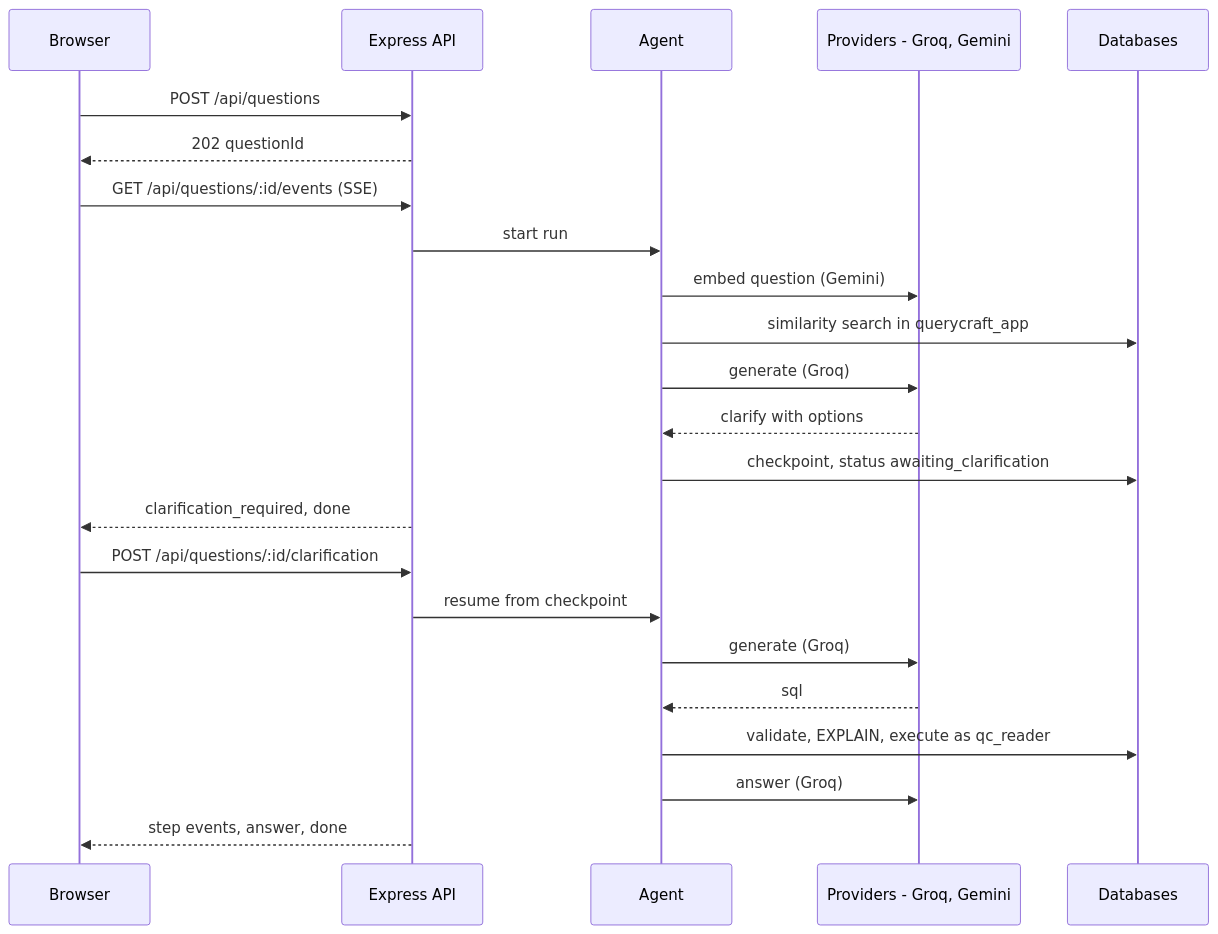
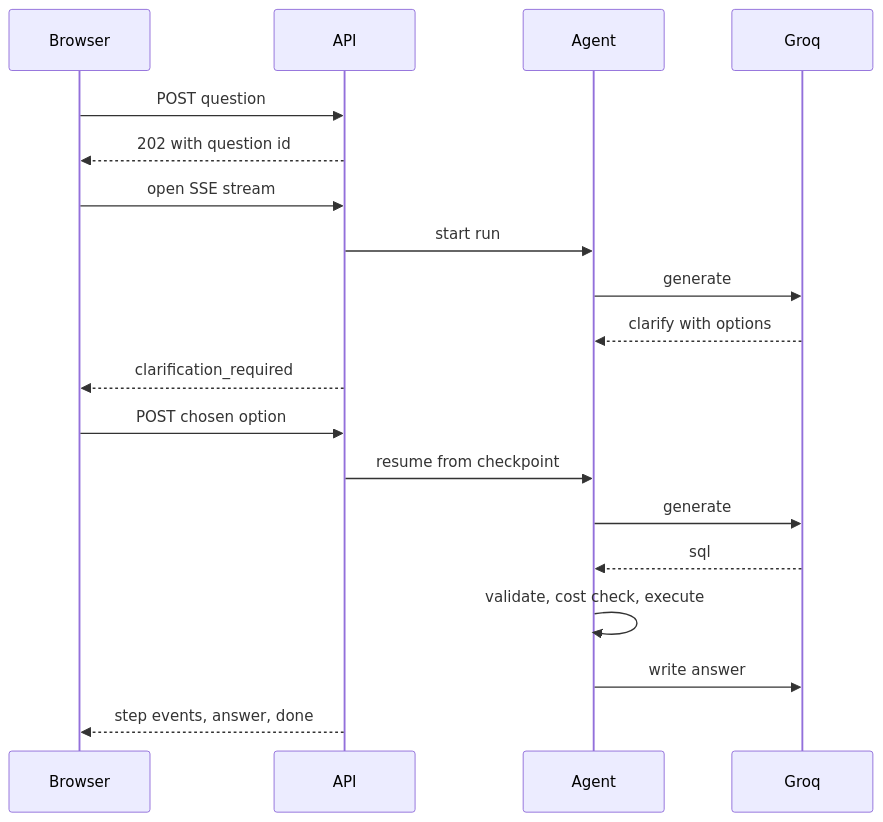
Before and after one commit to RAJDEEKSHITH/querycraft: the second of 5 diagrams in README.md, drawn with Mermaid. The commit also changed other lines of this file and 3 other files, not shown here.

````diff
--- a/README.md
+++ b/README.md
@@ -72,25 +63,21 @@
 ```mermaid
 sequenceDiagram
   participant B as Browser
-  participant A as Express API
+  participant A as API
   participant G as Agent
-  participant P as Providers - Groq, Gemini
-  participant D as Databases
-  B->>A: POST /api/questions
-  A-->>B: 202 questionId
-  B->>A: GET /api/questions/:id/events (SSE)
+  participant L as Groq
+  B->>A: POST question
+  A-->>B: 202 with question id
+  B->>A: open SSE stream
   A->>G: start run
-  G->>P: embed question (Gemini)
-  G->>D: similarity search in querycraft_app
-  G->>P: generate (Groq)
-  P-->>G: clarify with options
-  G->>D: checkpoint, status awaiting_clarification
-  A-->>B: clarification_required, done
-  B->>A: POST /api/questions/:id/clarification
+  G->>L: generate
+  L-->>G: clarify with options
+  A-->>B: clarification_required
+  B->>A: POST chosen option
   A->>G: resume from checkpoint
-  G->>P: generate (Groq)
-  P-->>G: sql
-  G->>D: validate, EXPLAIN, execute as qc_reader
-  G->>P: answer (Groq)
+  G->>L: generate
+  L-->>G: sql
+  G->>G: validate, cost check, execute
+  G->>L: write answer
   A-->>B: step events, answer, done
 ```
````
